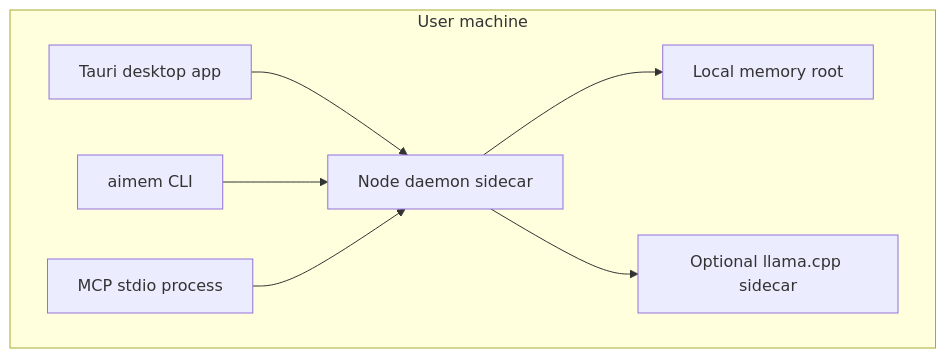
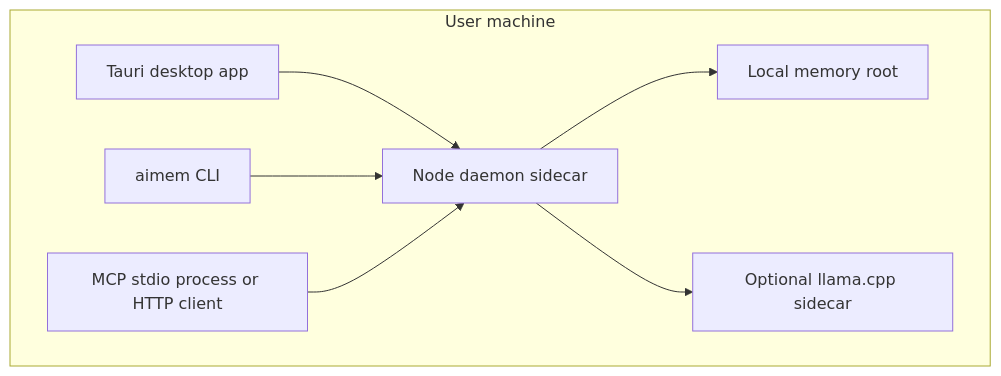
Before and after one commit to zharwing/memory: diagram 20 of 21 in docs/DIAGRAMS.md, drawn with Mermaid. The commit also changed other lines of this file and 31 other files, not shown here.

````diff
--- a/docs/DIAGRAMS.md
+++ b/docs/DIAGRAMS.md
@@ -670,17 +670,17 @@
 ```mermaid
 flowchart TB
   subgraph UserMachine["User machine"]
     Desktop["Tauri desktop app"]
     Daemon["Node daemon sidecar"]
-    MCP["MCP stdio process"]
+    MCP["MCP stdio process or HTTP client"]
     CLI["aimem CLI"]
     MemoryRoot["Local memory root"]
     LocalModel["Optional llama.cpp sidecar"]
   end
 
   Desktop --> Daemon
   CLI --> Daemon
   MCP --> Daemon
   Daemon --> MemoryRoot
   Daemon --> LocalModel
 ```
````
